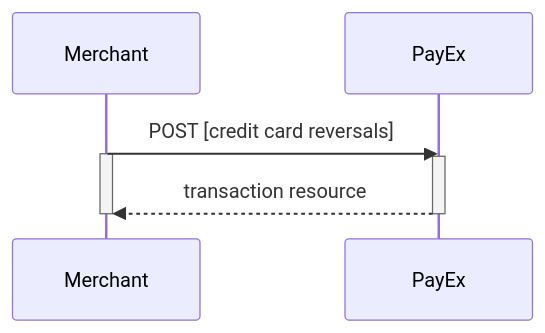
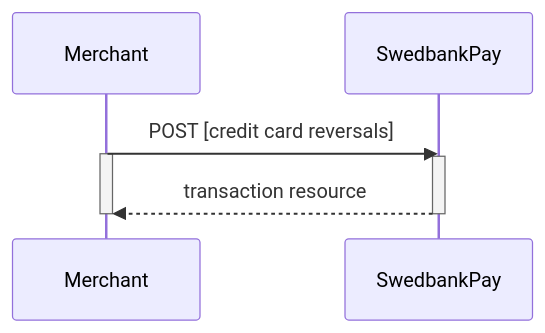
One commit to SwedbankPay/developer.swedbankpay.com changed the tenth of 10 diagrams in payments/credit-card/after-payment.md. Above: the diagram before and after it, drawn with Mermaid. The commit also changed other lines of this file and 3 other files, not shown here.

````diff
--- a/payments/credit-card/after-payment.md
+++ b/payments/credit-card/after-payment.md
@@ -717,9 +717,9 @@
 ```mermaid
 sequenceDiagram
-  Merchant->>PayEx: POST [credit card reversals]
+  Merchant->>SwedbankPay: POST [credit card reversals]
   Activate Merchant
-  Activate PayEx
-  PayEx-->>Merchant: transaction resource
-  Deactivate PayEx
+  Activate SwedbankPay
+  SwedbankPay-->>Merchant: transaction resource
+  Deactivate SwedbankPay
   Deactivate Merchant
 ```
````
